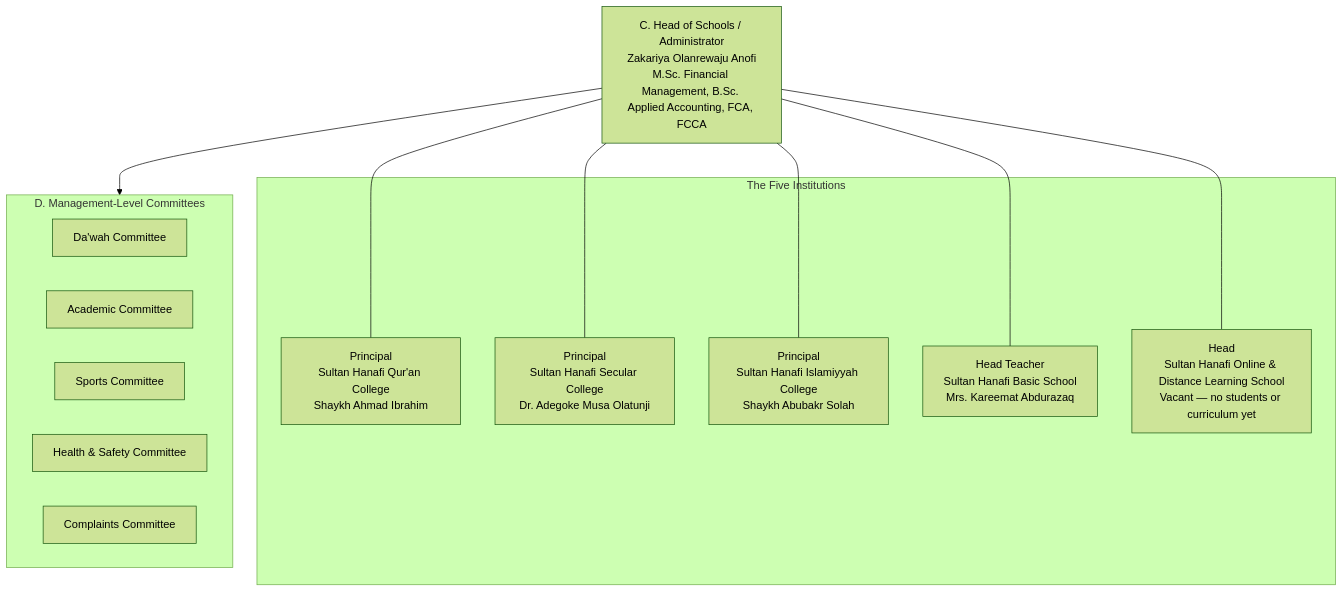
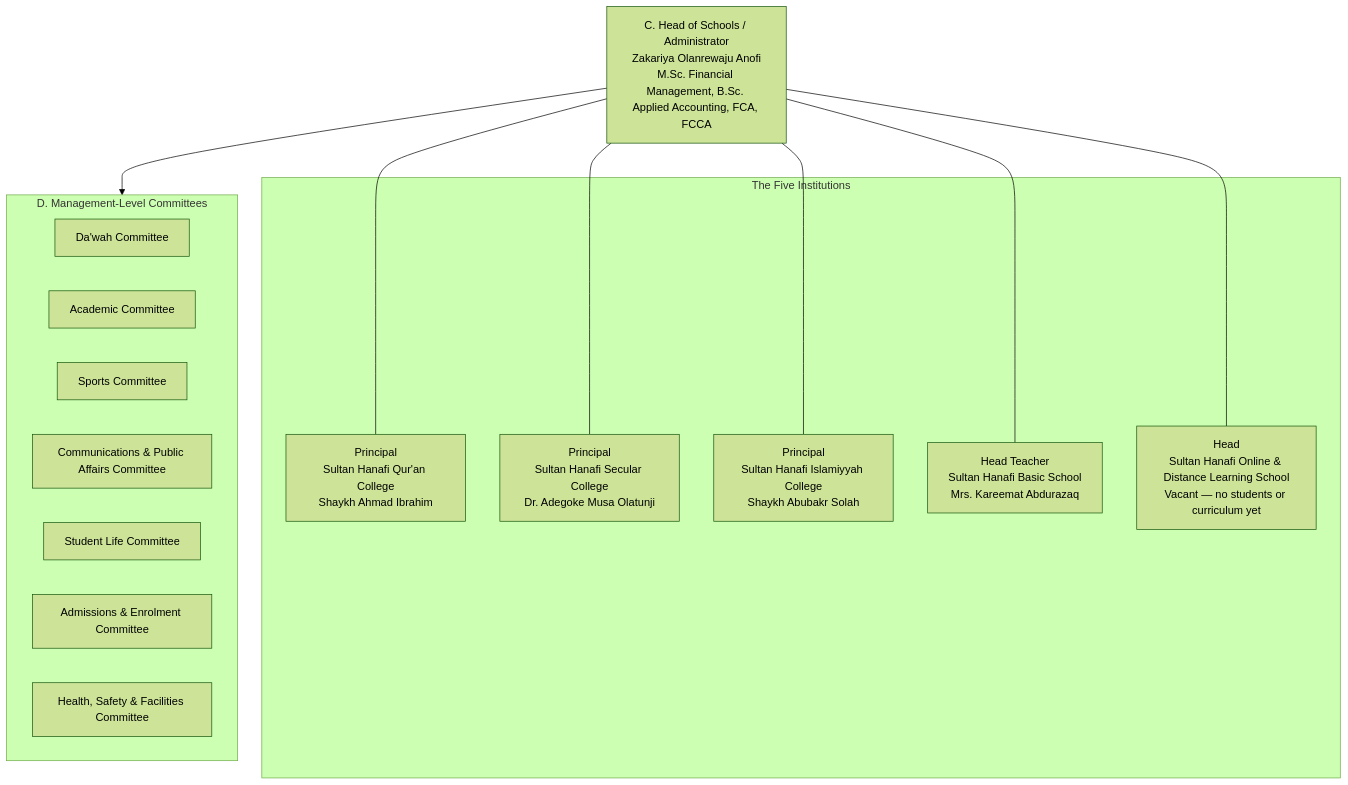
One commit to ahmadsulaimiy1/Sultan- changed the third of 4 diagrams in docs/organisational-structure-manual.md. Above: the diagram before and after it, drawn with Mermaid (forest theme). The commit also changed other lines of this file, not shown here.

````diff
--- a/docs/organisational-structure-manual.md
+++ b/docs/organisational-structure-manual.md
@@ -160,27 +177,29 @@
 ```mermaid
 flowchart TD
   HoS["C. Head of Schools / Administrator<br/>Zakariya Olanrewaju Anofi<br/>M.Sc. Financial Management, B.Sc. Applied Accounting, FCA, FCCA"]
 
   subgraph Institutions["The Five Institutions"]
     P1["Principal<br/>Sultan Hanafi Qur'an College<br/>Shaykh Ahmad Ibrahim"]
     P2["Principal<br/>Sultan Hanafi Secular College<br/>Dr. Adegoke Musa Olatunji"]
     P3["Principal<br/>Sultan Hanafi Islamiyyah College<br/>Shaykh Abubakr Solah"]
     P4["Head Teacher<br/>Sultan Hanafi Basic School<br/>Mrs. Kareemat Abdurazaq"]
     P5["Head<br/>Sultan Hanafi Online &amp; Distance Learning School<br/>Vacant — no students or curriculum yet"]
   end
 
   subgraph D["D. Management-Level Committees"]
     DW["Da'wah Committee"]
     AC["Academic Committee"]
     SP["Sports Committee"]
-    HSC["Health &amp; Safety Committee"]
-    CC["Complaints Committee"]
+    CPA["Communications &amp; Public Affairs Committee"]
+    SL["Student Life Committee"]
+    AE["Admissions &amp; Enrolment Committee"]
+    HSF["Health, Safety &amp; Facilities Committee"]
   end
 
   HoS --- P1
   HoS --- P2
   HoS --- P3
   HoS --- P4
   HoS --- P5
   HoS --> D
 ```
````
